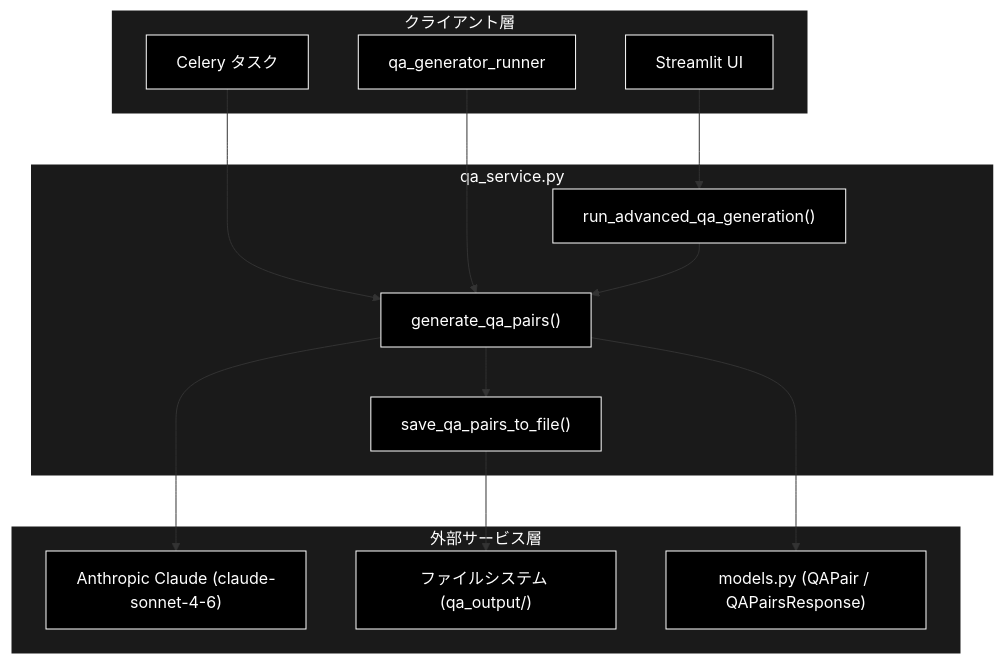
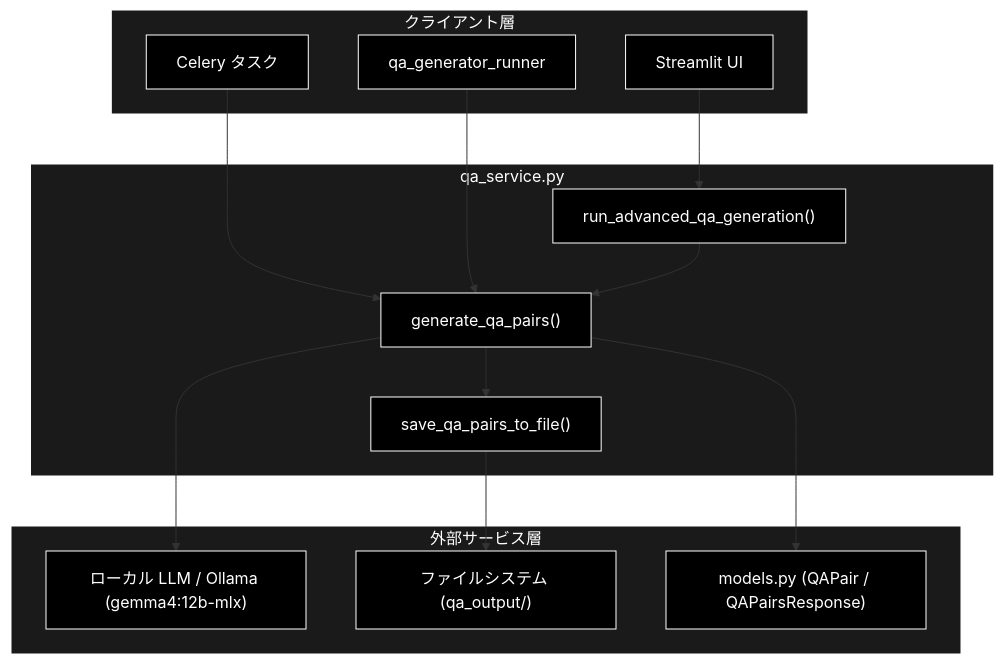
One commit to nakashima2toshio/grace_v2_local changed the first of 3 diagrams in services/docs/qa_service.md. Above: the diagram before and after it, drawn with Mermaid. The commit also changed other lines of this file and 17 other files, not shown here.

````diff
--- a/services/docs/qa_service.md
+++ b/services/docs/qa_service.md
@@ -60,35 +60,35 @@
 ```mermaid
 flowchart TB
     subgraph CLIENT["クライアント層"]
         UI["Streamlit UI"]
         RUNNER["qa_generator_runner"]
         CELERY["Celery タスク"]
     end
 
     subgraph MODULE["qa_service.py"]
         RUN["run_advanced_qa_generation()"]
         GEN["generate_qa_pairs()"]
         SAVE["save_qa_pairs_to_file()"]
     end
 
     subgraph EXTERNAL["外部サービス層"]
-        CLAUDE["Anthropic Claude (claude-sonnet-4-6)"]
+        OLLAMA["ローカル LLM / Ollama (gemma4:12b-mlx)"]
         FS["ファイルシステム (qa_output/)"]
         MODELS["models.py (QAPair / QAPairsResponse)"]
     end
 
     UI --> RUN
     CELERY --> GEN
     RUNNER --> GEN
     RUN --> GEN
-    GEN --> CLAUDE
+    GEN --> OLLAMA
     GEN --> MODELS
     SAVE --> FS
     GEN --> SAVE
 classDef default fill:#000,stroke:#fff,color:#fff
 classDef subgraphStyle fill:#1a1a1a,stroke:#fff,color:#fff
-class UI,RUNNER,CELERY,RUN,GEN,SAVE,CLAUDE,FS,MODELS default
+class UI,RUNNER,CELERY,RUN,GEN,SAVE,OLLAMA,FS,MODELS default
 style CLIENT fill:#1a1a1a,stroke:#fff,color:#fff
 style MODULE fill:#1a1a1a,stroke:#fff,color:#fff
 style EXTERNAL fill:#1a1a1a,stroke:#fff,color:#fff
 ```
````
